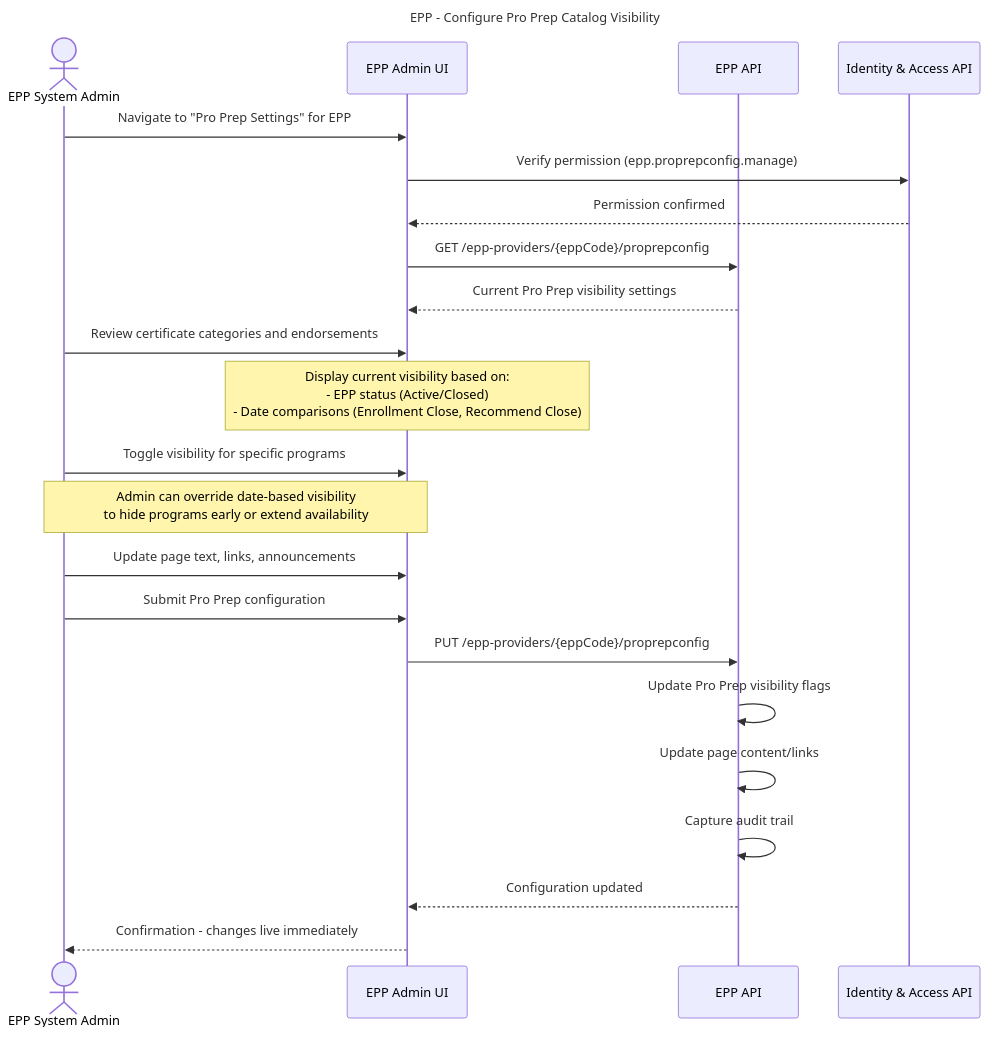
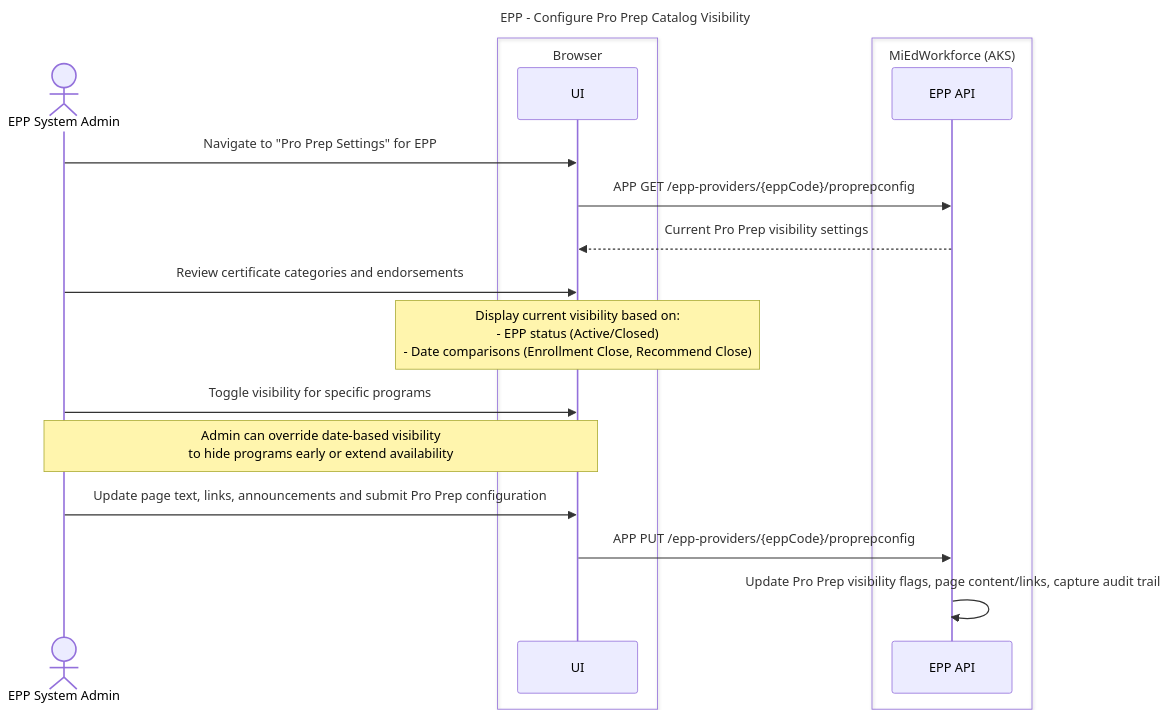
The seventh of 29 diagrams in working-docs/solution-areas/epp/epp-sequences.md (mnichols-dl/mied-design), drawn with Mermaid before and after one commit. The commit also changed other lines of this file and 34 other files, not shown here.

Commit message:
Update sequences and perform RTM assessment

````diff
--- a/working-docs/solution-areas/epp/epp-sequences.md
+++ b/working-docs/solution-areas/epp/epp-sequences.md
@@ -341,34 +364,28 @@
 ```mermaid
 ---
 title: EPP - Configure Pro Prep Catalog Visibility
 ---
 sequenceDiagram
     actor Admin as EPP System Admin
-    participant UI as EPP Admin UI
-    participant EPPService as EPP API
-    participant IAM as Identity & Access API
-    
+    box Browser
+    participant UI as UI
+    end
+    box MiEdWorkforce (AKS)
+    participant EppApi as EPP API
+    end
+
     Admin->>UI: Navigate to "Pro Prep Settings" for EPP
-    UI->>IAM: Verify permission (epp.proprepconfig.manage)
-    IAM-->>UI: Permission confirmed
-    
-    UI->>EPPService: GET /epp-providers/{eppCode}/proprepconfig
-    EPPService-->>UI: Current Pro Prep visibility settings
-    
+    UI->>EppApi: APP GET /epp-providers/{eppCode}/proprepconfig
+    EppApi-->>UI: Current Pro Prep visibility settings
+
     Admin->>UI: Review certificate categories and endorsements
     Note over UI: Display current visibility based on:<br/>- EPP status (Active/Closed)<br/>- Date comparisons (Enrollment Close, Recommend Close)
-    
+
     Admin->>UI: Toggle visibility for specific programs
     Note over Admin,UI: Admin can override date-based visibility<br/>to hide programs early or extend availability
-    
-    Admin->>UI: Update page text, links, announcements
-    Admin->>UI: Submit Pro Prep configuration
-    
-    UI->>EPPService: PUT /epp-providers/{eppCode}/proprepconfig
-    EPPService->>EPPService: Update Pro Prep visibility flags
-    EPPService->>EPPService: Update page content/links
-    EPPService->>EPPService: Capture audit trail
-    
-    EPPService-->>UI: Configuration updated
-    UI-->>Admin: Confirmation - changes live immediately
+
+    Admin->>UI: Update page text, links, announcements and submit Pro Prep configuration
+
+    UI->>EppApi: APP PUT /epp-providers/{eppCode}/proprepconfig
+    EppApi->>EppApi: Update Pro Prep visibility flags, page content/links, capture audit trail
 ```
````
